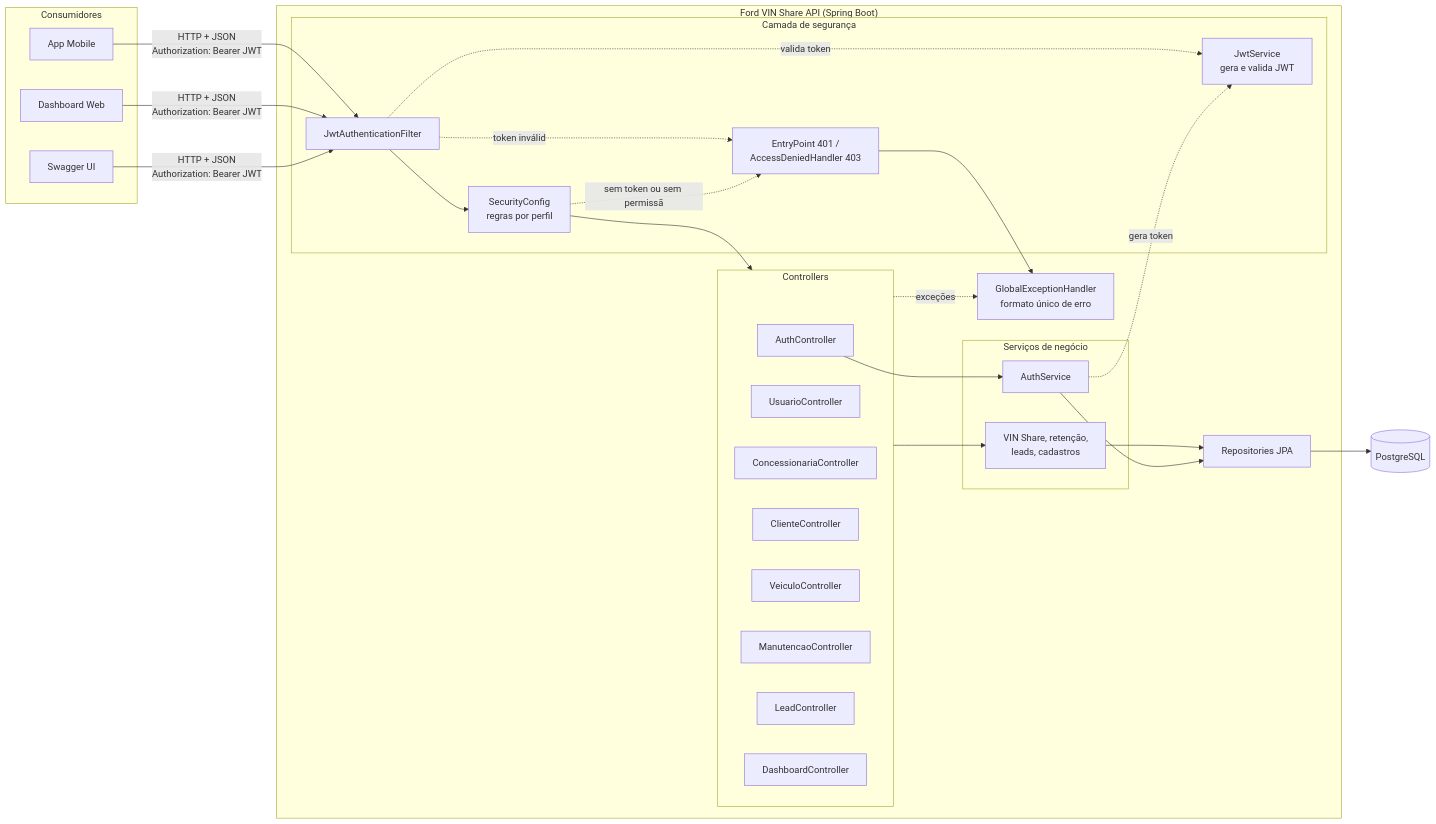
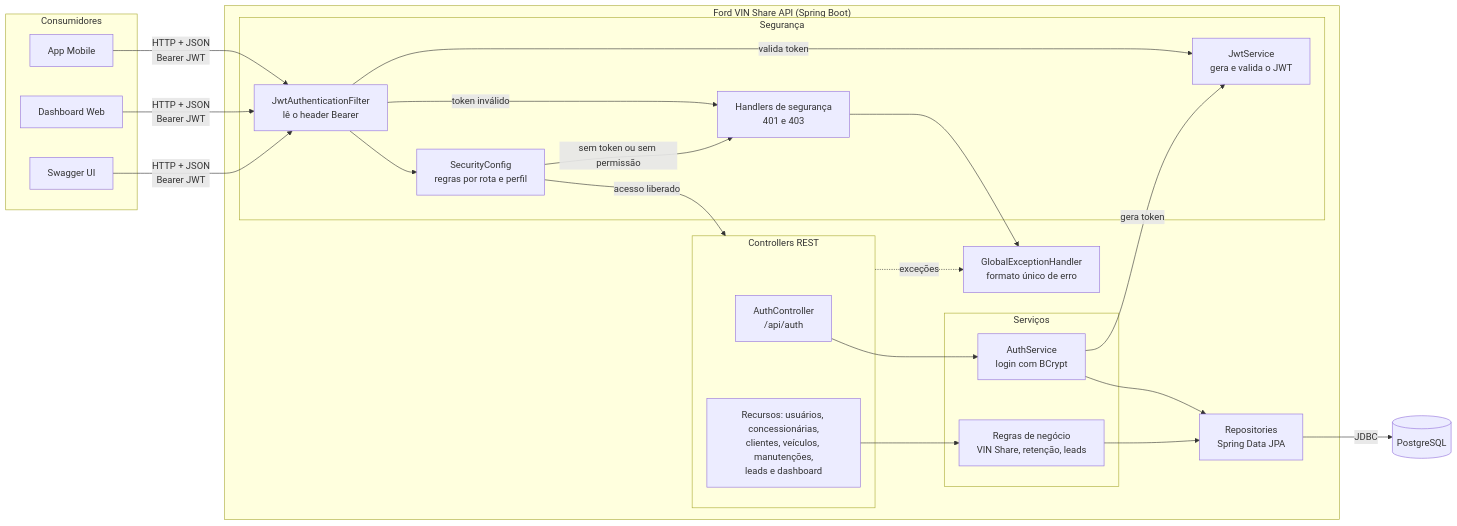
One commit to CezarBacanieski/challenge-java-soa changed the first of 3 diagrams in README.md. Above: the diagram before and after it, drawn with Mermaid. The commit also changed other lines of this file and 4 other files, not shown here.

First line of the commit message:
docs: diagramas revisados e exportados em PNG

````diff
--- a/README.md
+++ b/README.md
@@ -151,47 +153,43 @@
 ```mermaid
 flowchart LR
-    subgraph Consumidores
+    subgraph CONS["Consumidores"]
         APP[App Mobile]
         DASH[Dashboard Web]
         SW[Swagger UI]
     end
 
     subgraph API["Ford VIN Share API (Spring Boot)"]
-        subgraph Seguranca["Camada de segurança"]
-            F[JwtAuthenticationFilter]
-            SC[SecurityConfig<br/>regras por perfil]
-            JS[JwtService<br/>gera e valida JWT]
-            H[EntryPoint 401 /<br/>AccessDeniedHandler 403]
+        subgraph SEG["Segurança"]
+            F["JwtAuthenticationFilter<br/>lê o header Bearer"]
+            SC["SecurityConfig<br/>regras por rota e perfil"]
+            JS["JwtService<br/>gera e valida o JWT"]
+            H["Handlers de segurança<br/>401 e 403"]
         end
-        subgraph Controllers
-            AC[AuthController]
-            UC[UsuarioController]
-            CC[ConcessionariaController]
-            CLC[ClienteController]
-            VC[VeiculoController]
-            MC[ManutencaoController]
-            LC[LeadController]
-            DC[DashboardController]
+        subgraph CTRL["Controllers REST"]
+            AC["AuthController<br/>/api/auth"]
+            RC["Recursos: usuários, concessionárias,<br/>clientes, veículos, manutenções,<br/>leads e dashboard"]
         end
-        subgraph Services["Serviços de negócio"]
-            AS[AuthService]
-            NS[VIN Share, retenção,<br/>leads, cadastros]
+        subgraph SRV["Serviços"]
+            AS["AuthService<br/>login com BCrypt"]
+            NS["Regras de negócio<br/>VIN Share, retenção, leads"]
         end
-        R[Repositories JPA]
-        EH[GlobalExceptionHandler<br/>formato único de erro]
+        R["Repositories<br/>Spring Data JPA"]
+        EH["GlobalExceptionHandler<br/>formato único de erro"]
     end
 
     DB[(PostgreSQL)]
 
-    APP & DASH & SW -->|HTTP + JSON<br/>Authorization: Bearer JWT| F
-    F -.valida token.-> JS
-    F --> SC --> Controllers
-    F -.token inválido.-> H
-    SC -.sem token ou sem permissão.-> H
+    APP & DASH & SW -->|"HTTP + JSON<br/>Bearer JWT"| F
+    F -->|valida token| JS
+    F -->|token inválido| H
+    F --> SC
+    SC -->|sem token ou sem permissão| H
+    SC -->|acesso liberado| CTRL
     H --> EH
+    CTRL -.exceções.-> EH
     AC --> AS
-    AS -.gera token.-> JS
-    Controllers --> NS --> R --> DB
-    AS --> R
-    Controllers -.exceções.-> EH
+    AS -->|gera token| JS
+    RC --> NS
+    AS & NS --> R
+    R -->|JDBC| DB
 ```
````
